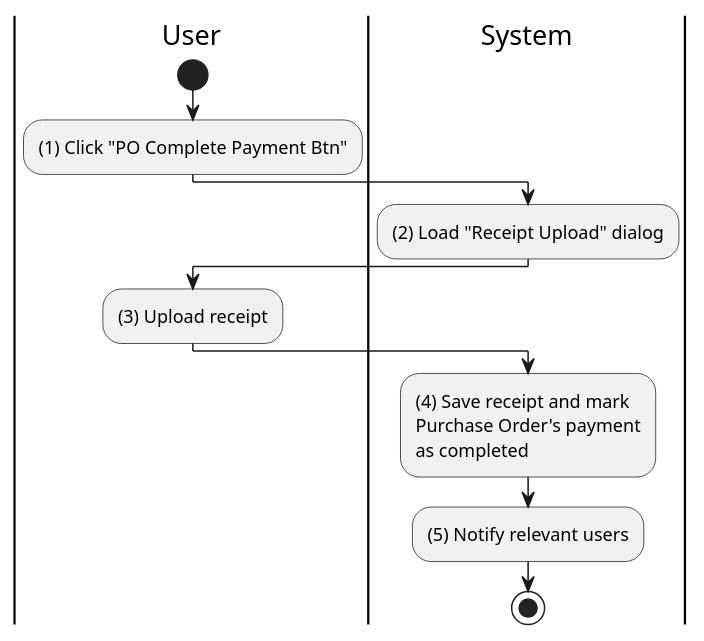
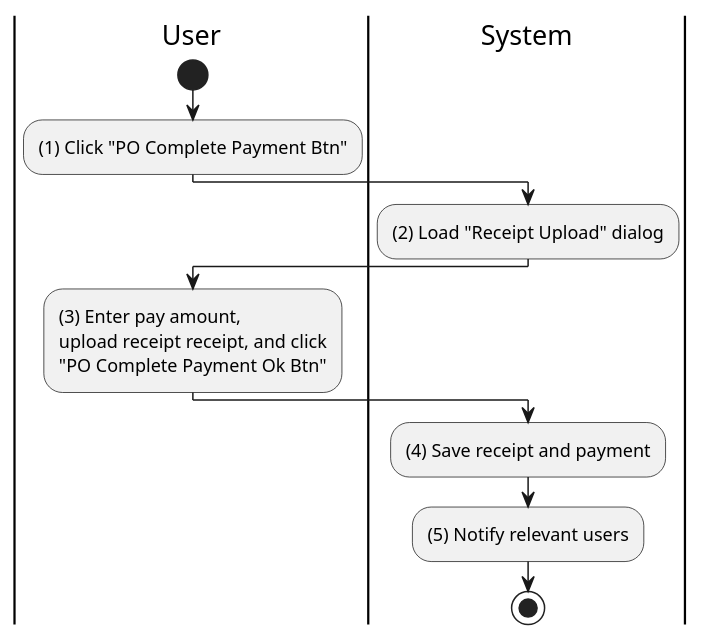
Before and after one commit to phihungha/scmss-reqs: the diagram in activities/purchase-order-complete-payment.plantuml, drawn with PlantUML. The commit also changed 9 other files, not shown here.

```diff
--- a/activities/purchase-order-complete-payment.plantuml
+++ b/activities/purchase-order-complete-payment.plantuml
@@ -1,19 +1,19 @@
 @startuml purchase-order-complete-payment
 |u|User
 |s|System
 
 |u|
 start
 :(1) Click "PO Complete Payment Btn";
 
 |s|
 :(2) Load "Receipt Upload" dialog;
 
 |u|
-:(3) Upload receipt;
+:(3) Enter pay amount,\nupload receipt receipt, and click\n"PO Complete Payment Ok Btn";
 
 |s|
-:(4) Save receipt and mark\nPurchase Order's payment\nas completed;
+:(4) Save receipt and payment;
 :(5) Notify relevant users;
 stop
 @enduml
```
